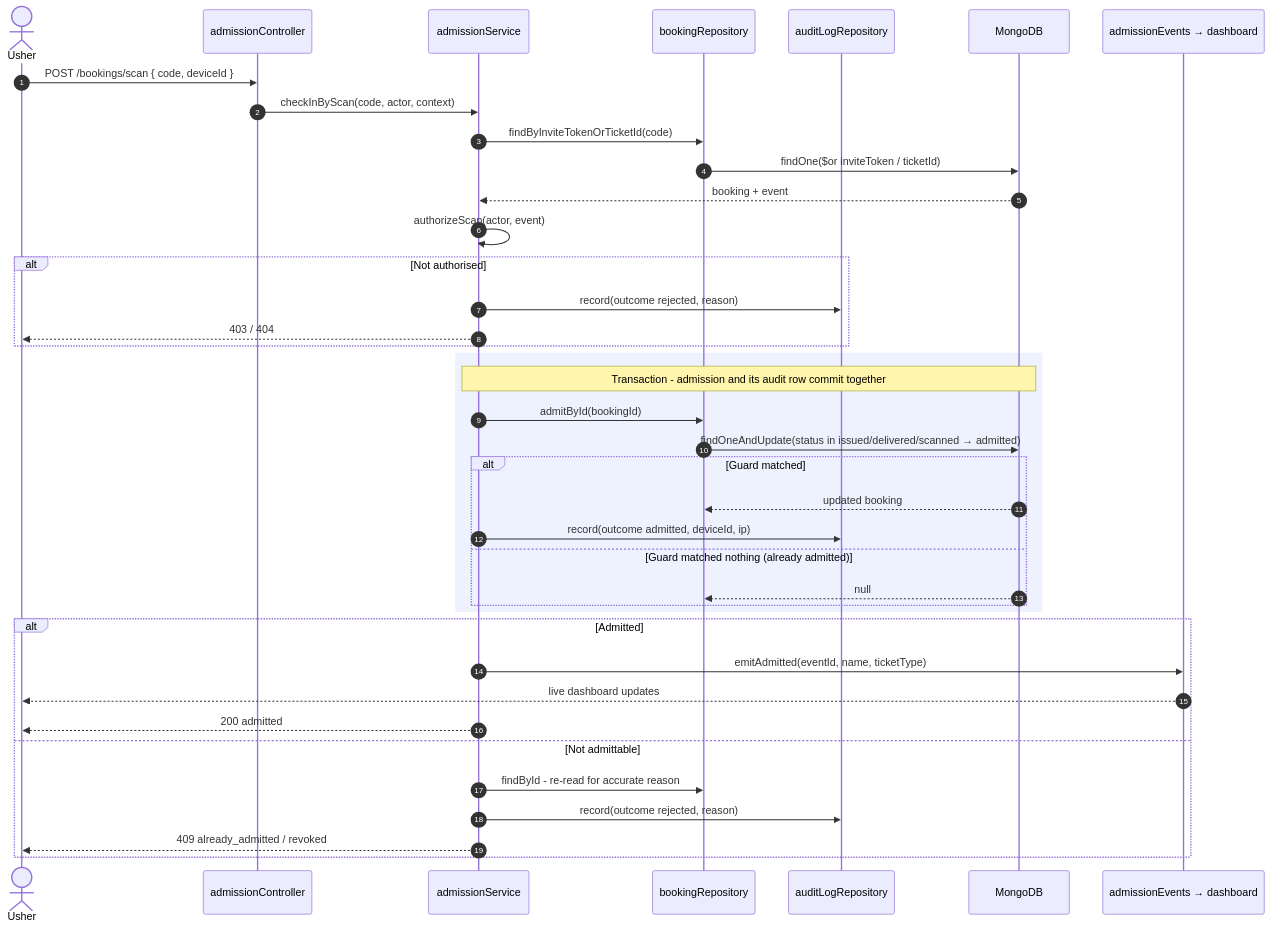
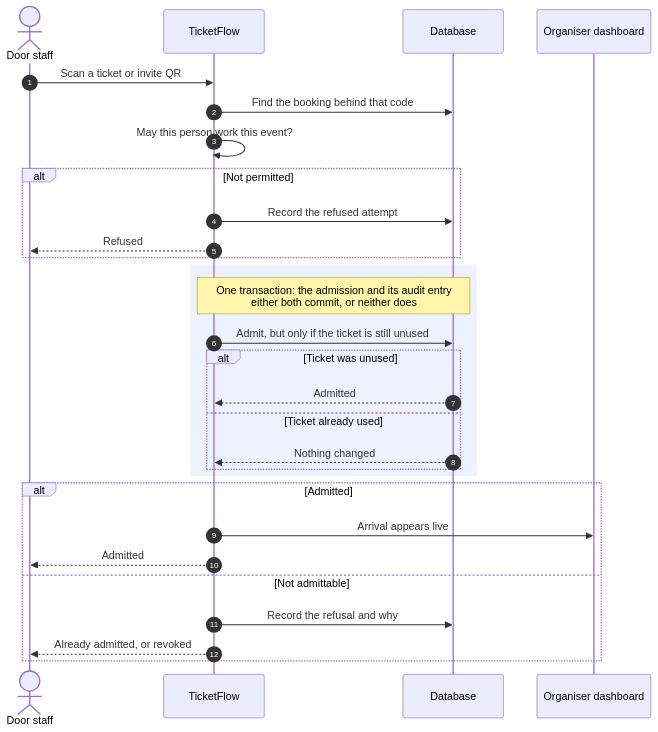
One commit to dLuxKid/ticketflow changed the third of 8 diagrams in docs/design-models.md. Above: the diagram before and after it, drawn with Mermaid. The commit also changed other lines of this file and 62 other files, not shown here.

````diff
--- a/docs/design-models.md
+++ b/docs/design-models.md
@@ -114,45 +114,35 @@
 ```mermaid
 sequenceDiagram
     autonumber
-    actor U as Usher
-    participant C as admissionController
-    participant S as admissionService
-    participant BR as bookingRepository
-    participant AR as auditLogRepository
-    participant DB as MongoDB
-    participant SSE as admissionEvents → dashboard
+    actor U as Door staff
+    participant APP as TicketFlow
+    participant DB as Database
+    participant D as Organiser dashboard
 
-    U->>C: POST /bookings/scan { code, deviceId }
-    C->>S: checkInByScan(code, actor, context)
-    S->>BR: findByInviteTokenOrTicketId(code)
-    BR->>DB: findOne($or inviteToken / ticketId)
-    DB-->>S: booking + event
+    U->>APP: Scan a ticket or invite QR
+    APP->>DB: Find the booking behind that code
+    APP->>APP: May this person work this event?
 
-    S->>S: authorizeScan(actor, event)
-    alt Not authorised
-        S->>AR: record(outcome rejected, reason)
-        S-->>U: 403 / 404
+    alt Not permitted
+        APP->>DB: Record the refused attempt
+        APP-->>U: Refused
     end
 
     rect rgb(238, 242, 255)
-        note over S,DB: Transaction - admission and its audit row commit together
-        S->>BR: admitById(bookingId)
-        BR->>DB: findOneAndUpdate(status in issued/delivered/scanned → admitted)
-        alt Guard matched
-            DB-->>BR: updated booking
-            S->>AR: record(outcome admitted, deviceId, ip)
-        else Guard matched nothing (already admitted)
-            DB-->>BR: null
+        note over APP,DB: One transaction: the admission and its audit entry<br/>either both commit, or neither does
+        APP->>DB: Admit, but only if the ticket is still unused
+        alt Ticket was unused
+            DB-->>APP: Admitted
+        else Ticket already used
+            DB-->>APP: Nothing changed
         end
     end
 
     alt Admitted
-        S->>SSE: emitAdmitted(eventId, name, ticketType)
-        SSE-->>U: live dashboard updates
-        S-->>U: 200 admitted
+        APP->>D: Arrival appears live
+        APP-->>U: Admitted
     else Not admittable
-        S->>BR: findById - re-read for accurate reason
-        S->>AR: record(outcome rejected, reason)
-        S-->>U: 409 already_admitted / revoked
+        APP->>DB: Record the refusal and why
+        APP-->>U: Already admitted, or revoked
     end
 ```
````
